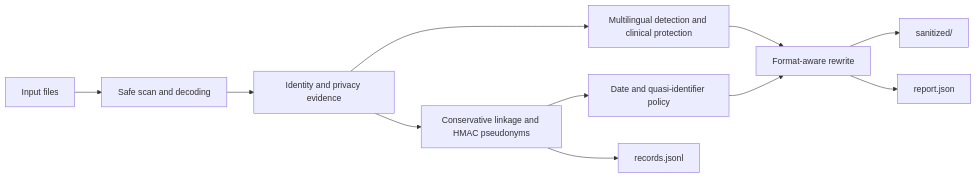
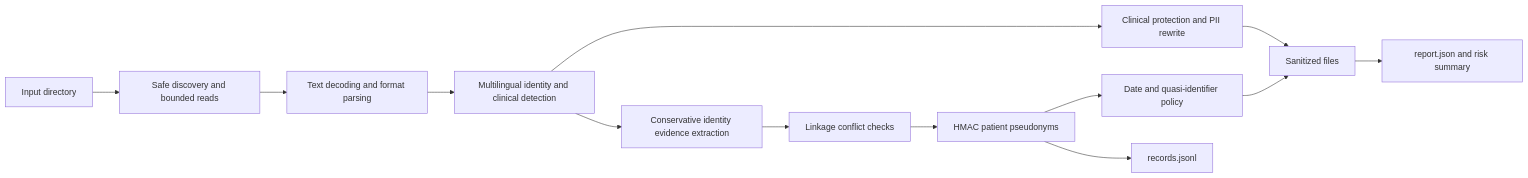
Before and after one commit to Vyom-404/AarogyaKey: the diagram in README.md, drawn with Mermaid. The commit also changed other lines of this file, not shown here.

````diff
--- a/README.md
+++ b/README.md
@@ -18,13 +140,15 @@
 ```mermaid
 flowchart LR
-    I[Input files] --> S[Safe scan and decoding]
-    S --> E[Identity and privacy evidence]
-    E --> D[Multilingual detection and clinical protection]
-    E --> L[Conservative linkage and HMAC pseudonyms]
-    L --> Q[Date and quasi-identifier policy]
-    D --> W[Format-aware rewrite]
-    Q --> W
-    W --> O[sanitized/]
-    L --> R[records.jsonl]
-    W --> P[report.json]
+    A[Input directory] --> B[Safe discovery and bounded reads]
+    B --> C[Text decoding and format parsing]
+    C --> D[Multilingual identity and clinical detection]
+    D --> E[Conservative identity evidence extraction]
+    E --> F[Linkage conflict checks]
+    F --> G[HMAC patient pseudonyms]
+    D --> H[Clinical protection and PII rewrite]
+    G --> I[Date and quasi-identifier policy]
+    H --> J[Sanitized files]
+    I --> J
+    G --> K[records.jsonl]
+    J --> L[report.json and risk summary]
 ```
````
